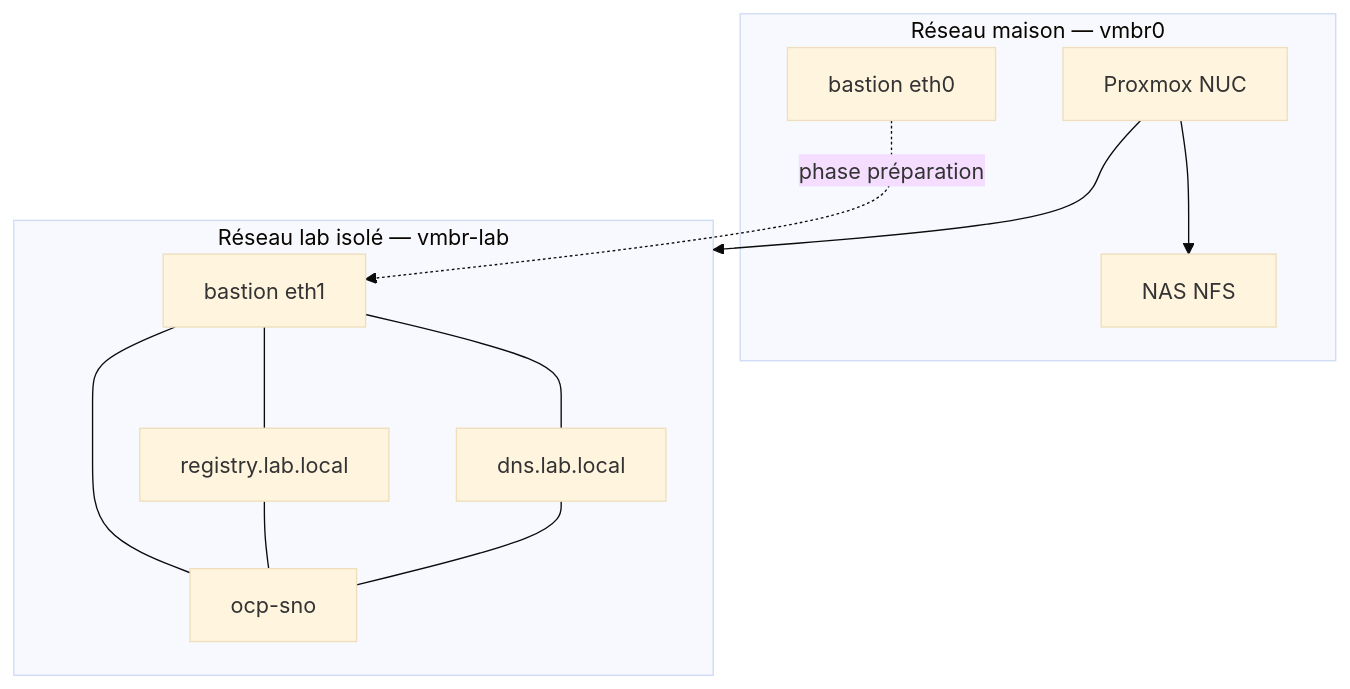
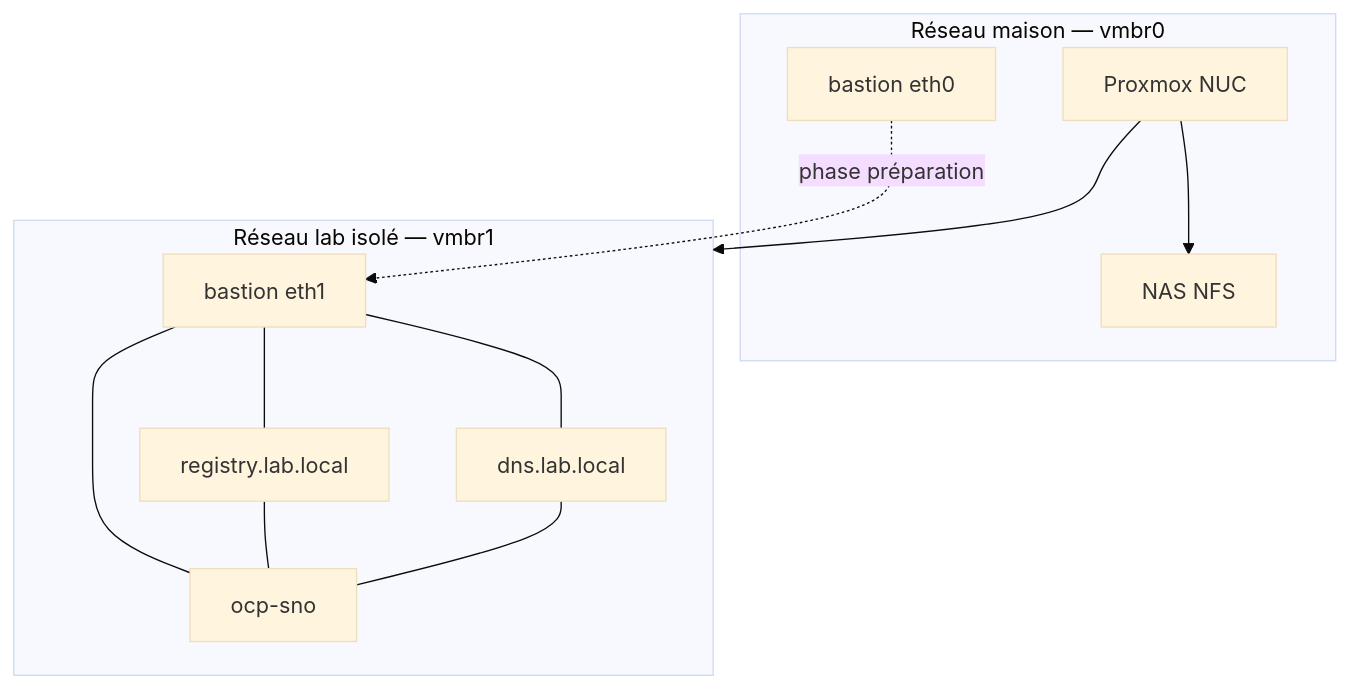
One commit to bmartron/lab-openshift-airgap changed the diagram in docs/architecture.md. Above: the diagram before and after it, drawn with Mermaid (base theme). The commit also changed other lines of this file and 5 other files, not shown here.

Commit message:
Renommer vmbr-lab en vmbr1 (contrainte nommage Proxmox)

````diff
--- a/docs/architecture.md
+++ b/docs/architecture.md
@@ -5,24 +5,24 @@
 ```mermaid
 flowchart TB
     subgraph Internet["Réseau maison — vmbr0"]
         NAS["NAS NFS"]
         PVE["Proxmox NUC"]
         BASTION0["bastion eth0"]
     end
 
-    subgraph Airgap["Réseau lab isolé — vmbr-lab"]
+    subgraph Airgap["Réseau lab isolé — vmbr1"]
         BASTION1["bastion eth1"]
         DNS["dns.lab.local"]
         REG["registry.lab.local"]
         SNO["ocp-sno"]
         BASTION1 --- DNS
         BASTION1 --- REG
         BASTION1 --- SNO
         REG --- SNO
         DNS --- SNO
     end
 
     PVE --> NAS
     PVE --> Airgap
     BASTION0 -.->|"phase préparation"| BASTION1
 ```
````
